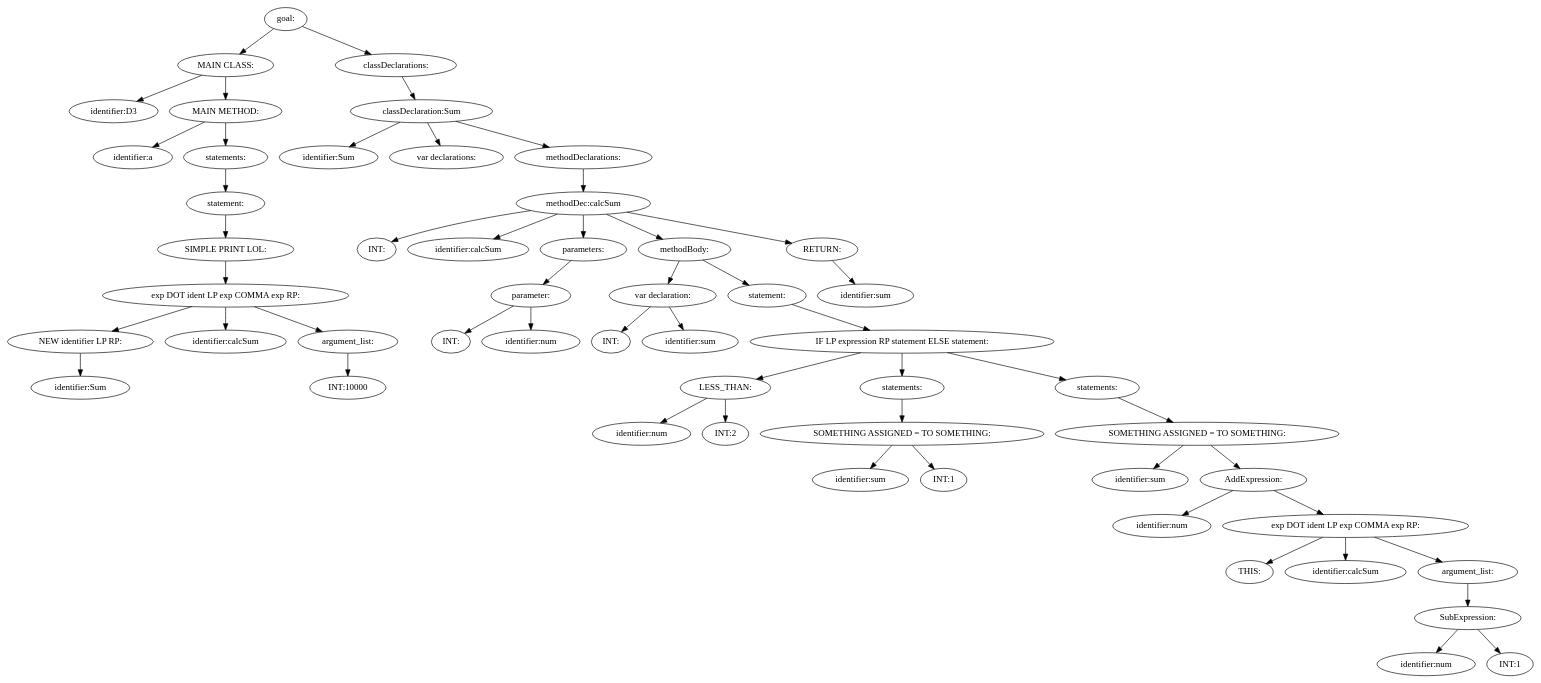
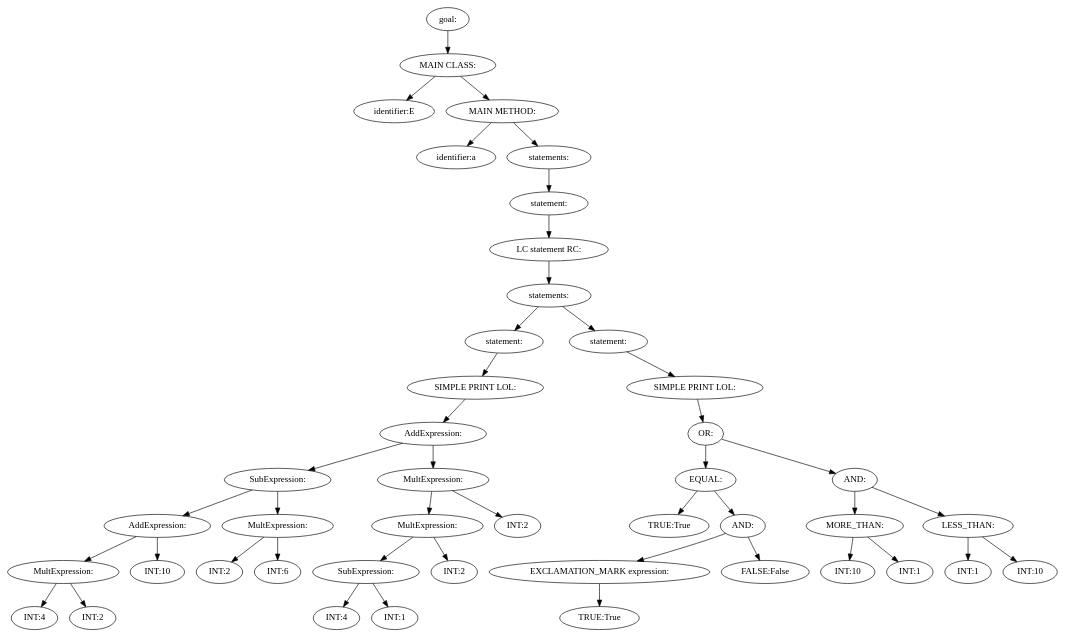
The diagram in gettingStarted/tree.dot (KarmaSora/Compiler), drawn with Graphviz before and after one commit. The commit also changed 8 other files, not shown here.

```diff
--- a/gettingStarted/tree.dot
+++ b/gettingStarted/tree.dot
@@ -1,107 +1,89 @@
 digraph {
 n0 [label="goal:"];
 n1 [label="MAIN CLASS:"];
-n2 [label="identifier:D3"];
+n2 [label="identifier:E"];
 n1 -> n2
 n3 [label="MAIN METHOD:"];
 n4 [label="identifier:a"];
 n3 -> n4
 n5 [label="statements:"];
 n6 [label="statement:"];
-n7 [label="SIMPLE PRINT LOL:"];
-n8 [label="exp DOT ident LP exp COMMA exp RP:"];
-n9 [label="NEW identifier LP RP:"];
-n10 [label="identifier:Sum"];
+n7 [label="LC statement RC:"];
+n8 [label="statements:"];
+n9 [label="statement:"];
+n10 [label="SIMPLE PRINT LOL:"];
+n11 [label="AddExpression:"];
+n12 [label="SubExpression:"];
+n13 [label="AddExpression:"];
+n14 [label="MultExpression:"];
+n15 [label="INT:4"];
+n14 -> n15
+n16 [label="INT:2"];
+n14 -> n16
+n13 -> n14
+n17 [label="INT:10"];
+n13 -> n17
+n12 -> n13
+n18 [label="MultExpression:"];
+n19 [label="INT:2"];
+n18 -> n19
+n20 [label="INT:6"];
+n18 -> n20
+n12 -> n18
+n11 -> n12
+n21 [label="MultExpression:"];
+n22 [label="MultExpression:"];
+n23 [label="SubExpression:"];
+n24 [label="INT:4"];
+n23 -> n24
+n25 [label="INT:1"];
+n23 -> n25
+n22 -> n23
+n26 [label="INT:2"];
+n22 -> n26
+n21 -> n22
+n27 [label="INT:2"];
+n21 -> n27
+n11 -> n21
+n10 -> n11
 n9 -> n10
 n8 -> n9
-n11 [label="identifier:calcSum"];
-n8 -> n11
-n12 [label="argument_list:"];
-n13 [label="INT:10000"];
-n12 -> n13
-n8 -> n12
+n28 [label="statement:"];
+n29 [label="SIMPLE PRINT LOL:"];
+n30 [label="OR:"];
+n31 [label="EQUAL:"];
+n32 [label="TRUE:True"];
+n31 -> n32
+n33 [label="AND:"];
+n34 [label="EXCLAMATION_MARK expression:"];
+n35 [label="TRUE:True"];
+n34 -> n35
+n33 -> n34
+n36 [label="FALSE:False"];
+n33 -> n36
+n31 -> n33
+n30 -> n31
+n37 [label="AND:"];
+n38 [label="MORE_THAN:"];
+n39 [label="INT:10"];
+n38 -> n39
+n40 [label="INT:1"];
+n38 -> n40
+n37 -> n38
+n41 [label="LESS_THAN:"];
+n42 [label="INT:1"];
+n41 -> n42
+n43 [label="INT:10"];
+n41 -> n43
+n37 -> n41
+n30 -> n37
+n29 -> n30
+n28 -> n29
+n8 -> n28
 n7 -> n8
 n6 -> n7
 n5 -> n6
 n3 -> n5
 n1 -> n3
 n0 -> n1
-n14 [label="classDeclarations:"];
-n15 [label="classDeclaration:Sum"];
-n16 [label="identifier:Sum"];
-n15 -> n16
-n17 [label="var declarations:"];
-n15 -> n17
-n18 [label="methodDeclarations:"];
-n19 [label="methodDec:calcSum"];
-n20 [label="INT:"];
-n19 -> n20
-n21 [label="identifier:calcSum"];
-n19 -> n21
-n22 [label="parameters:"];
-n23 [label="parameter:"];
-n24 [label="INT:"];
-n23 -> n24
-n25 [label="identifier:num"];
-n23 -> n25
-n22 -> n23
-n19 -> n22
-n26 [label="methodBody:"];
-n27 [label="var declaration:"];
-n28 [label="INT:"];
-n27 -> n28
-n29 [label="identifier:sum"];
-n27 -> n29
-n26 -> n27
-n30 [label="statement:"];
-n31 [label="IF LP expression RP statement ELSE statement:"];
-n32 [label="LESS_THAN:"];
-n33 [label="identifier:num"];
-n32 -> n33
-n34 [label="INT:2"];
-n32 -> n34
-n31 -> n32
-n35 [label="statements:"];
-n36 [label="SOMETHING ASSIGNED = TO SOMETHING:"];
-n37 [label="identifier:sum"];
-n36 -> n37
-n38 [label="INT:1"];
-n36 -> n38
-n35 -> n36
-n31 -> n35
-n39 [label="statements:"];
-n40 [label="SOMETHING ASSIGNED = TO SOMETHING:"];
-n41 [label="identifier:sum"];
-n40 -> n41
-n42 [label="AddExpression:"];
-n43 [label="identifier:num"];
-n42 -> n43
-n44 [label="exp DOT ident LP exp COMMA exp RP:"];
-n45 [label="THIS:"];
-n44 -> n45
-n46 [label="identifier:calcSum"];
-n44 -> n46
-n47 [label="argument_list:"];
-n48 [label="SubExpression:"];
-n49 [label="identifier:num"];
-n48 -> n49
-n50 [label="INT:1"];
-n48 -> n50
-n47 -> n48
-n44 -> n47
-n42 -> n44
-n40 -> n42
-n39 -> n40
-n31 -> n39
-n30 -> n31
-n26 -> n30
-n19 -> n26
-n51 [label="RETURN:"];
-n52 [label="identifier:sum"];
-n51 -> n52
-n19 -> n51
-n18 -> n19
-n15 -> n18
-n14 -> n15
-n0 -> n14
 }
```
